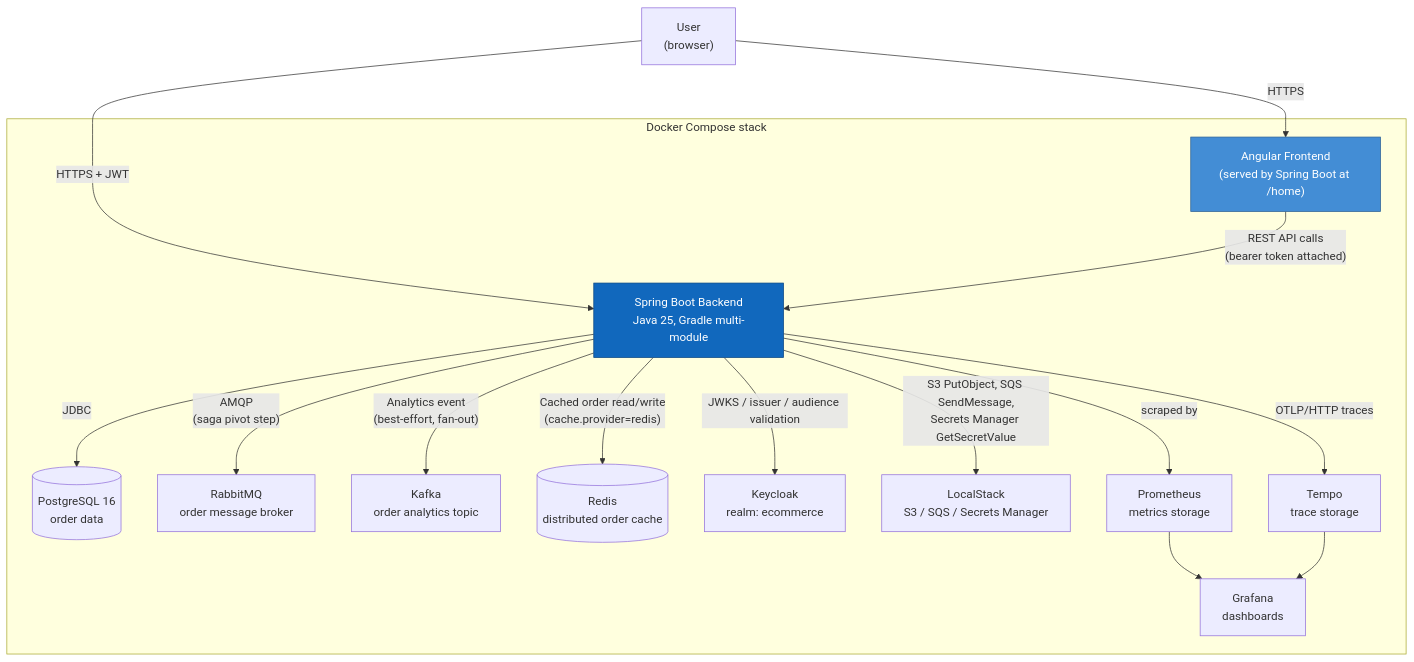
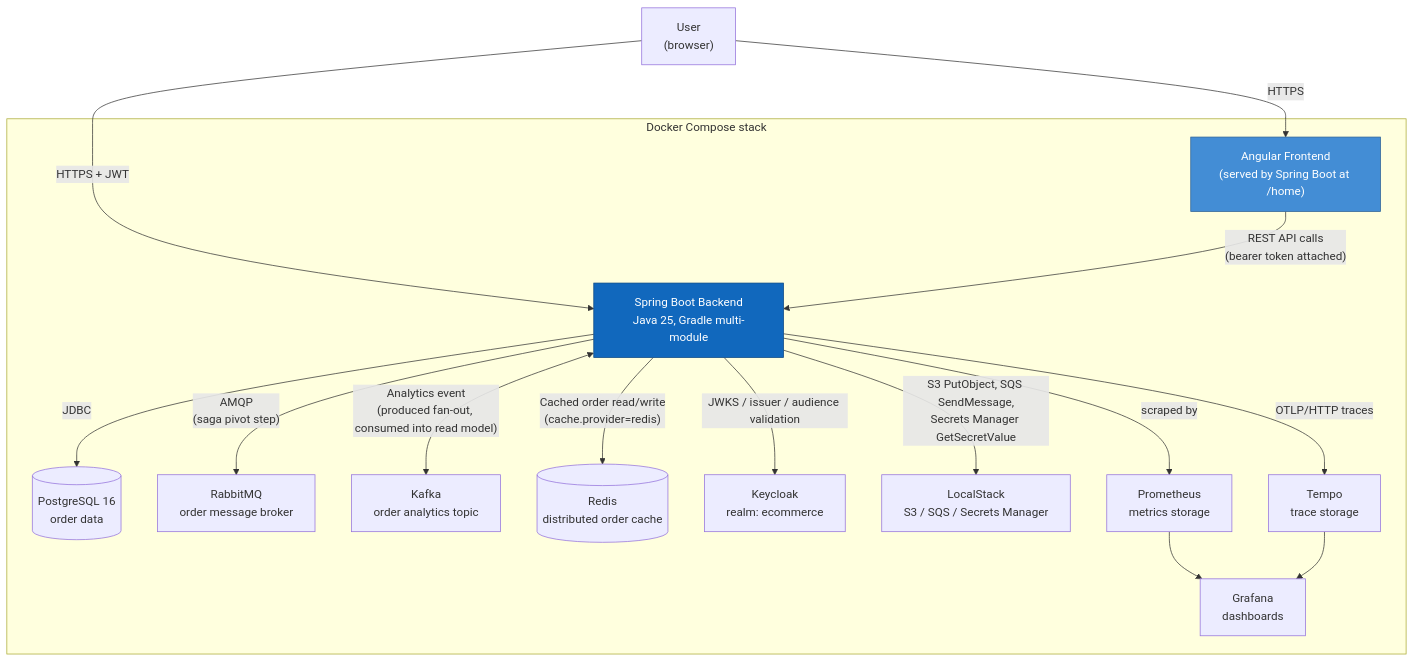
The second of 4 diagrams in docs/architecture/README.md (chrobakpiotr/showcase-application), drawn with Mermaid before and after one commit. The commit also changed other lines of this file and 34 other files, not shown here.

Commit message:
feat(kafka): order-analytics consumer and read model added

````diff
--- a/docs/architecture/README.md
+++ b/docs/architecture/README.md
@@ -45,35 +45,35 @@
 ```mermaid
 graph TB
     user["User<br/>(browser)"]
 
     subgraph docker["Docker Compose stack"]
         frontend["Angular Frontend<br/>(served by Spring Boot at /home)"]
         backend["Spring Boot Backend<br/>Java 25, Gradle multi-module"]
         postgres[("PostgreSQL 16<br/>order data")]
         rabbitmq["RabbitMQ<br/>order message broker"]
         kafka["Kafka<br/>order analytics topic"]
         redis[("Redis<br/>distributed order cache")]
         keycloak["Keycloak<br/>realm: ecommerce"]
         localstack["LocalStack<br/>S3 / SQS / Secrets Manager"]
         prometheus["Prometheus<br/>metrics storage"]
         tempo["Tempo<br/>trace storage"]
         grafana["Grafana<br/>dashboards"]
     end
 
     user -->|HTTPS| frontend
     user -->|"HTTPS + JWT"| backend
     frontend -->|"REST API calls<br/>(bearer token attached)"| backend
     backend -->|JDBC| postgres
     backend -->|"AMQP<br/>(saga pivot step)"| rabbitmq
-    backend -->|"Analytics event<br/>(best-effort, fan-out)"| kafka
+    backend <-->|"Analytics event<br/>(produced fan-out, consumed into read model)"| kafka
     backend -->|"Cached order read/write<br/>(cache.provider=redis)"| redis
     backend -->|"JWKS / issuer / audience validation"| keycloak
     backend -->|"S3 PutObject, SQS SendMessage,<br/>Secrets Manager GetSecretValue"| localstack
     backend -->|"scraped by"| prometheus
     backend -->|"OTLP/HTTP traces"| tempo
     prometheus --> grafana
     tempo --> grafana
 
     style backend fill:#1168bd,stroke:#0b4884,color:#fff
     style frontend fill:#438dd5,stroke:#2e6295,color:#fff
 ```
````
